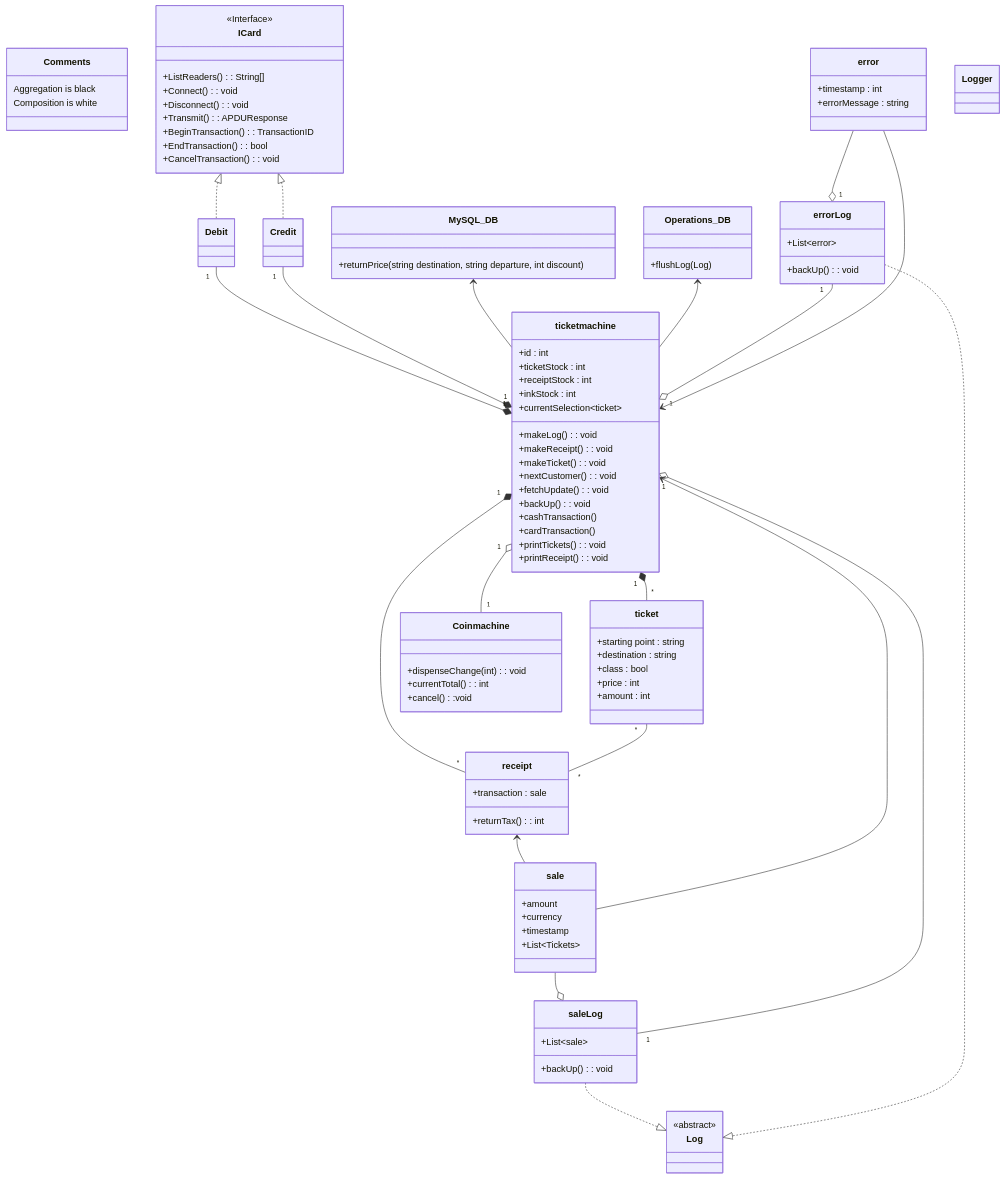
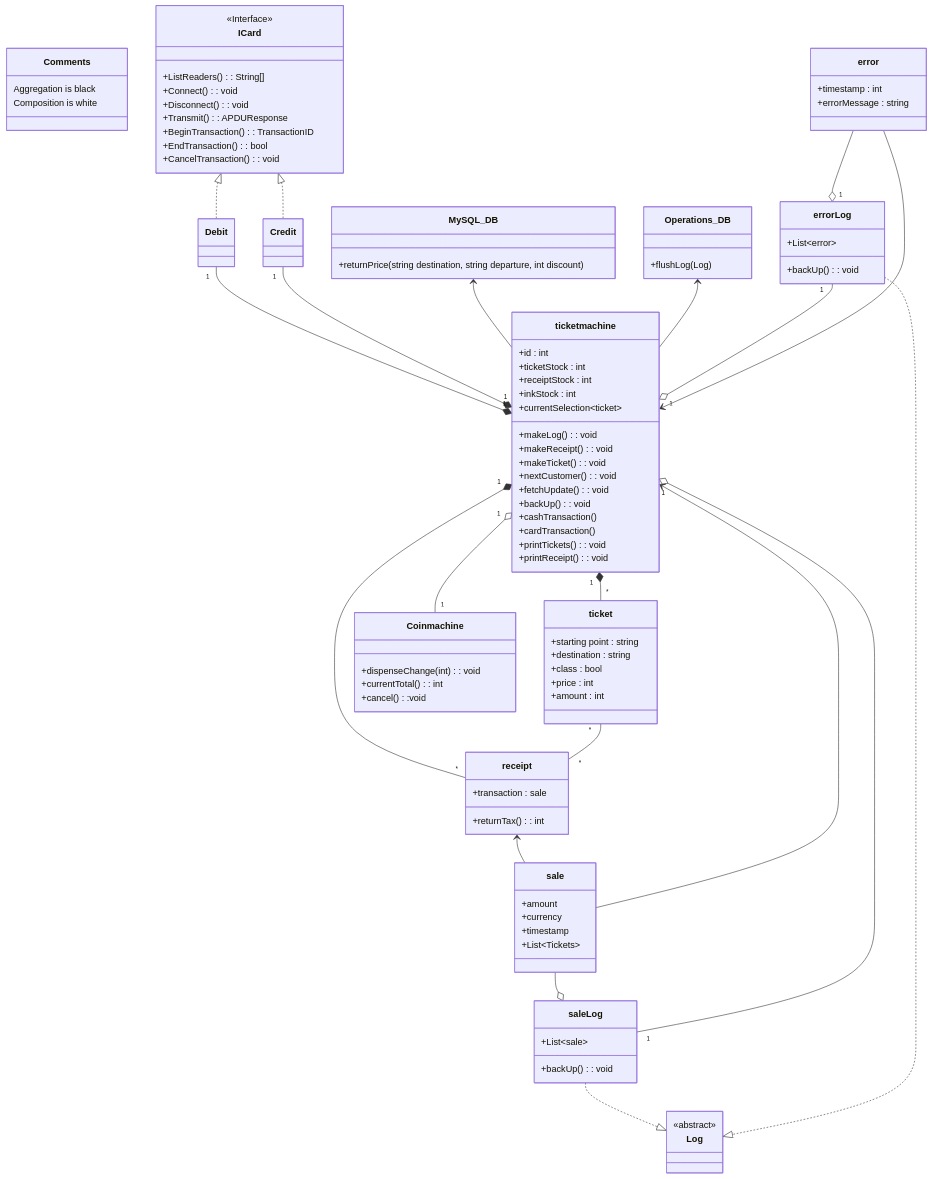
One commit to ThannerJonna/MSO23_G19 changed the diagram in Classes.md. Above: the diagram before and after it, drawn with Mermaid.

```diff
--- a/Classes.md
+++ b/Classes.md
@@ -35,10 +35,6 @@
 
 class MySQL_DB{
     +returnPrice(string destination, string departure, int discount)
-}
-
-class Logger{
-
 }
 
 class sale{
```
